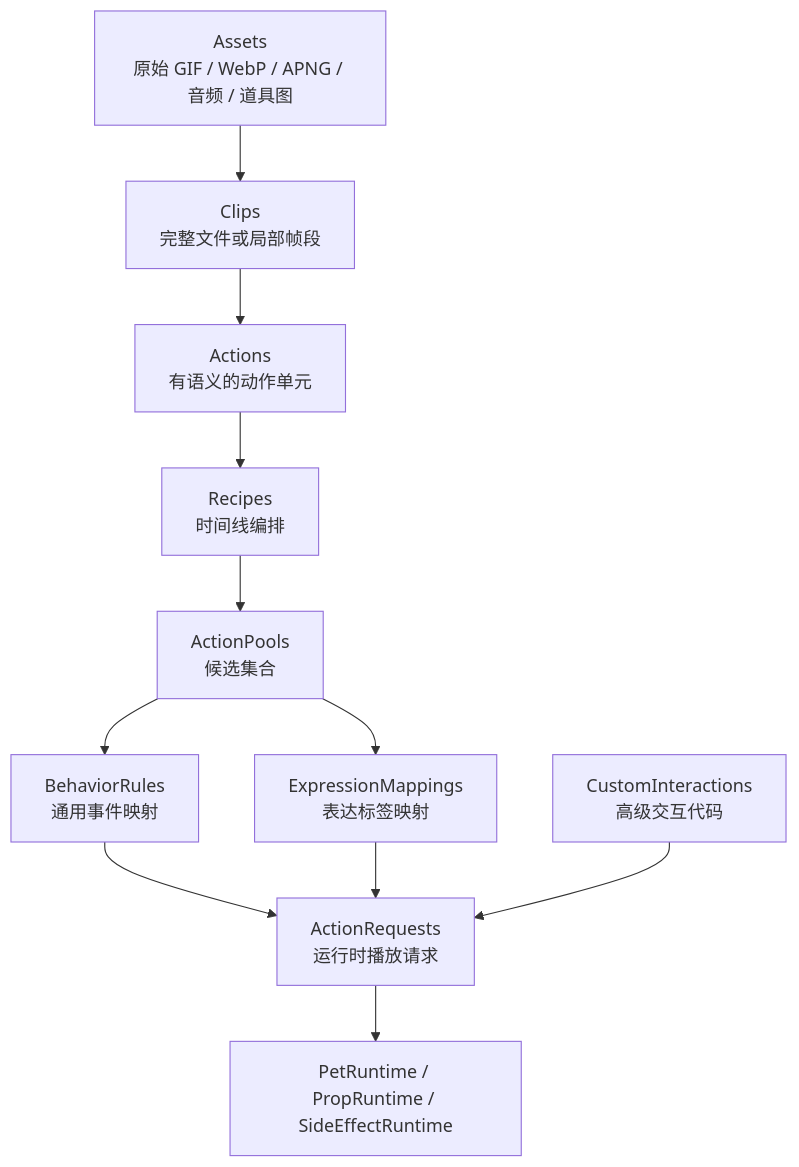
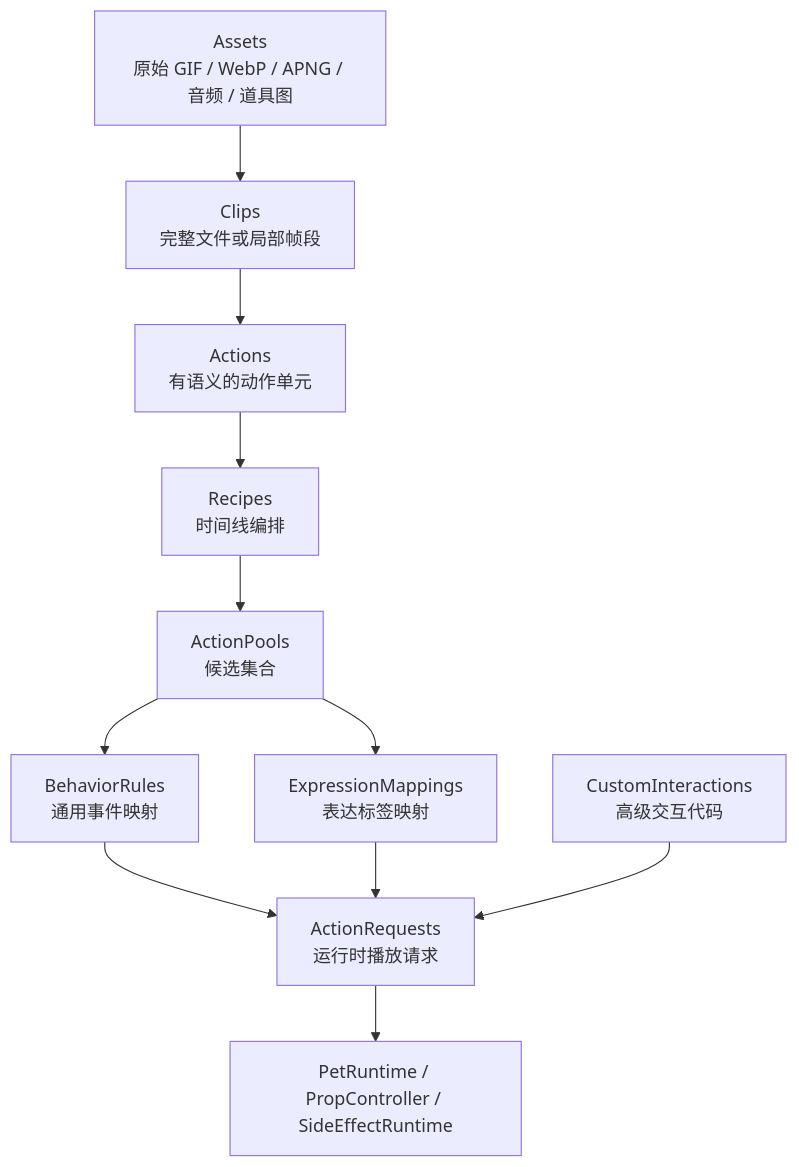
One commit to tiantian180/MilesEdgeworth changed the first of 4 diagrams in docs/v2/设计方案/皮肤包播放行为设计.md. Above: the diagram before and after it, drawn with Mermaid. The commit also changed other lines of this file and 40 other files, not shown here.

````diff
--- a/docs/v2/设计方案/皮肤包播放行为设计.md
+++ b/docs/v2/设计方案/皮肤包播放行为设计.md
@@ -41,21 +41,21 @@
 ```mermaid
 flowchart TD
     A["Assets<br/>原始 GIF / WebP / APNG / 音频 / 道具图"]
     C["Clips<br/>完整文件或局部帧段"]
     AC["Actions<br/>有语义的动作单元"]
     R["Recipes<br/>时间线编排"]
     P["ActionPools<br/>候选集合"]
     B["BehaviorRules<br/>通用事件映射"]
     E["ExpressionMappings<br/>表达标签映射"]
     I["CustomInteractions<br/>高级交互代码"]
     Q["ActionRequests<br/>运行时播放请求"]
-    RT["PetRuntime / PropRuntime / SideEffectRuntime"]
+    RT["PetRuntime / PropController / SideEffectRuntime"]
 
     A --> C --> AC --> R --> P
     P --> B
     P --> E
     B --> Q
     E --> Q
     I --> Q
     Q --> RT
 ```
````
